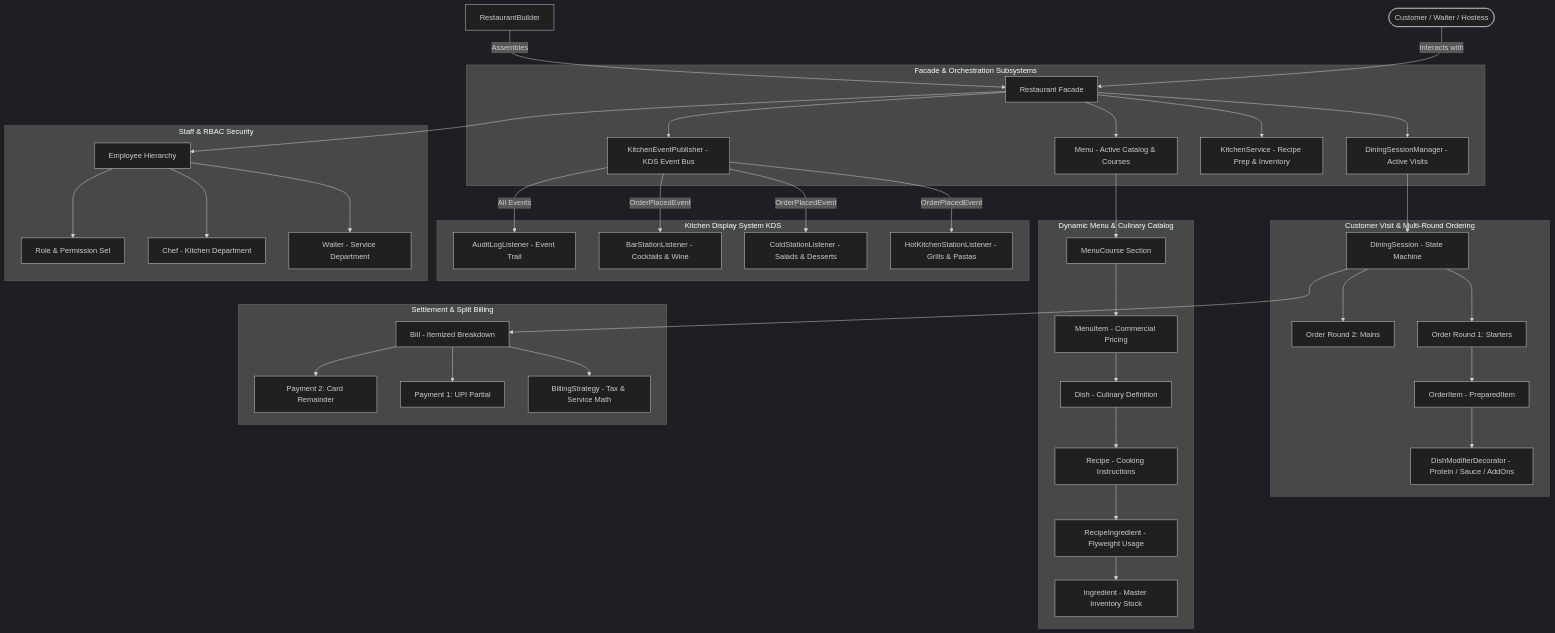
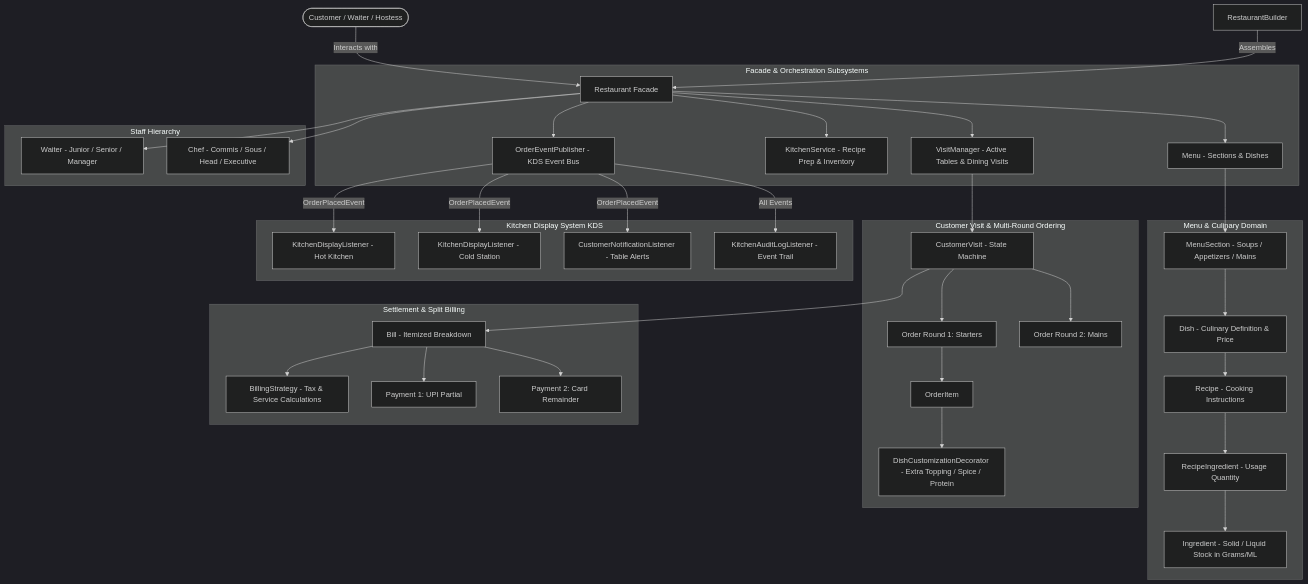
The diagram in README.md (aniagra119/RestaurantLLDDesign), drawn with Mermaid (dark theme) before and after one commit. The commit also changed other lines of this file and 2 other files, not shown here.

Commit message:
docs: update master architecture, UML class diagram, and README

````diff
--- a/README.md
+++ b/README.md
@@ -35,50 +36,47 @@
 ```mermaid
 graph TD
     Client([Customer / Waiter / Hostess]) -->|Interacts with| R[Restaurant Facade]
     Builder[RestaurantBuilder] -->|Assembles| R
 
     subgraph Facade & Orchestration Subsystems
-        R --> SM[DiningSessionManager - Active Visits]
+        R --> VM[VisitManager - Active Tables & Dining Visits]
         R --> KS[KitchenService - Recipe Prep & Inventory]
-        R --> M[Menu - Active Catalog & Courses]
-        R --> EP[KitchenEventPublisher - KDS Event Bus]
+        R --> M[Menu - Sections & Dishes]
+        R --> EP[OrderEventPublisher - KDS Event Bus]
     end
 
-    subgraph Staff & RBAC Security
-        R --> EMP[Employee Hierarchy]
-        EMP --> W[Waiter - Service Department]
-        EMP --> C[Chef - Kitchen Department]
-        EMP --> ROLE[Role & Permission Set]
+    subgraph Staff Hierarchy
+        R --> W[Waiter - Junior / Senior / Manager]
+        R --> C[Chef - Commis / Sous / Head / Executive]
     end
 
-    subgraph Dynamic Menu & Culinary Catalog
-        M --> MC[MenuCourse Section]
-        MC --> MI[MenuItem - Commercial Pricing]
-        MI --> D[Dish - Culinary Definition]
+    subgraph Menu & Culinary Domain
+        M --> MS[MenuSection - Soups / Appetizers / Mains]
+        MS --> D[Dish - Culinary Definition & Price]
         D --> REC[Recipe - Cooking Instructions]
-        REC --> RI[RecipeIngredient - Flyweight Usage]
-        RI --> ING[Ingredient - Master Inventory Stock]
+        REC --> RI[RecipeIngredient - Usage Quantity]
+        RI --> ING[Ingredient - Solid / Liquid Stock in Grams/ML]
     end
 
     subgraph Customer Visit & Multi-Round Ordering
-        SM --> DS[DiningSession - State Machine]
-        DS --> ORD1[Order Round 1: Starters]
-        DS --> ORD2[Order Round 2: Mains]
-        ORD1 --> OI[OrderItem - PreparedItem]
-        OI --> DEC[DishModifierDecorator - Protein / Sauce / AddOns]
+        VM --> CV[CustomerVisit - State Machine]
+        CV --> ORD1[Order Round 1: Starters]
+        CV --> ORD2[Order Round 2: Mains]
+        ORD1 --> OI[OrderItem]
+        OI --> DEC[DishCustomizationDecorator - Extra Topping / Spice / Protein]
     end
 
     subgraph Kitchen Display System KDS
-        EP -->|OrderPlacedEvent| HK[HotKitchenStationListener - Grills & Pastas]
-        EP -->|OrderPlacedEvent| CS[ColdStationListener - Salads & Desserts]
-        EP -->|OrderPlacedEvent| BAR[BarStationListener - Cocktails & Wine]
-        EP -->|All Events| AUDIT[AuditLogListener - Event Trail]
+        EP -->|OrderPlacedEvent| HK[KitchenDisplayListener - Hot Kitchen]
+        EP -->|OrderPlacedEvent| CS[KitchenDisplayListener - Cold Station]
+        EP -->|OrderPlacedEvent| NOTIF[CustomerNotificationListener - Table Alerts]
+        EP -->|All Events| AUDIT[KitchenAuditLogListener - Event Trail]
     end
 
     subgraph Settlement & Split Billing
-        DS --> BILL[Bill - Itemized Breakdown]
-        BILL --> STRAT[BillingStrategy - Tax & Service Math]
+        CV --> BILL[Bill - Itemized Breakdown]
+        BILL --> STRAT[BillingStrategy - Tax & Service Calculations]
         BILL --> PAY1[Payment 1: UPI Partial]
         BILL --> PAY2[Payment 2: Card Remainder]
     end
 ```
````
